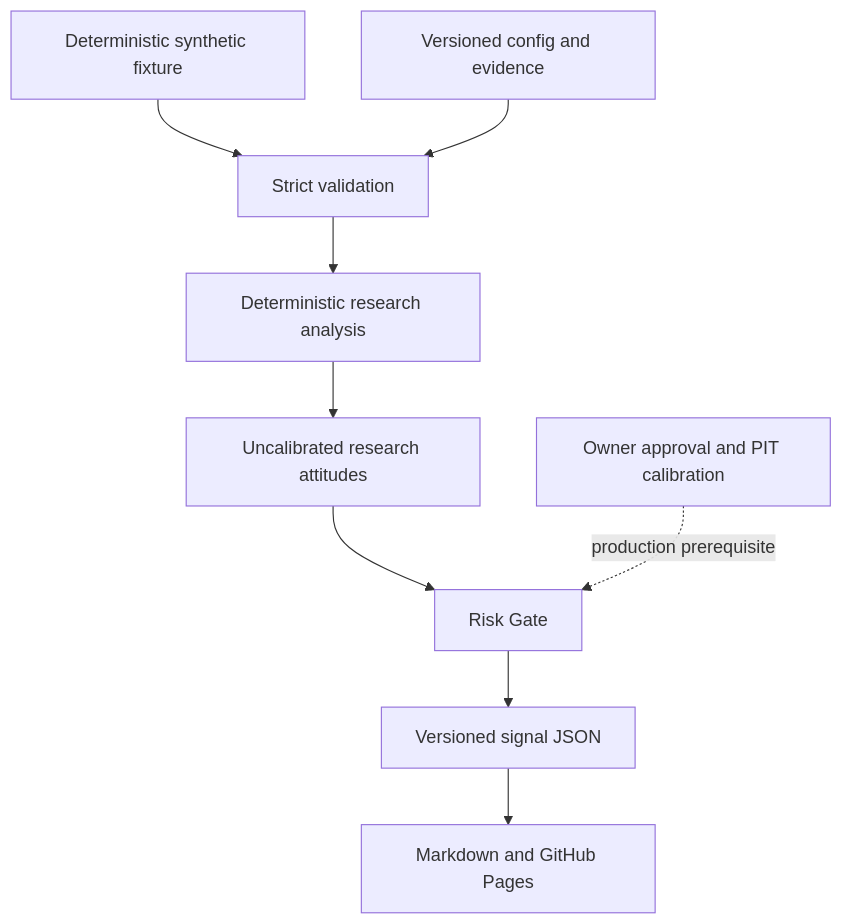
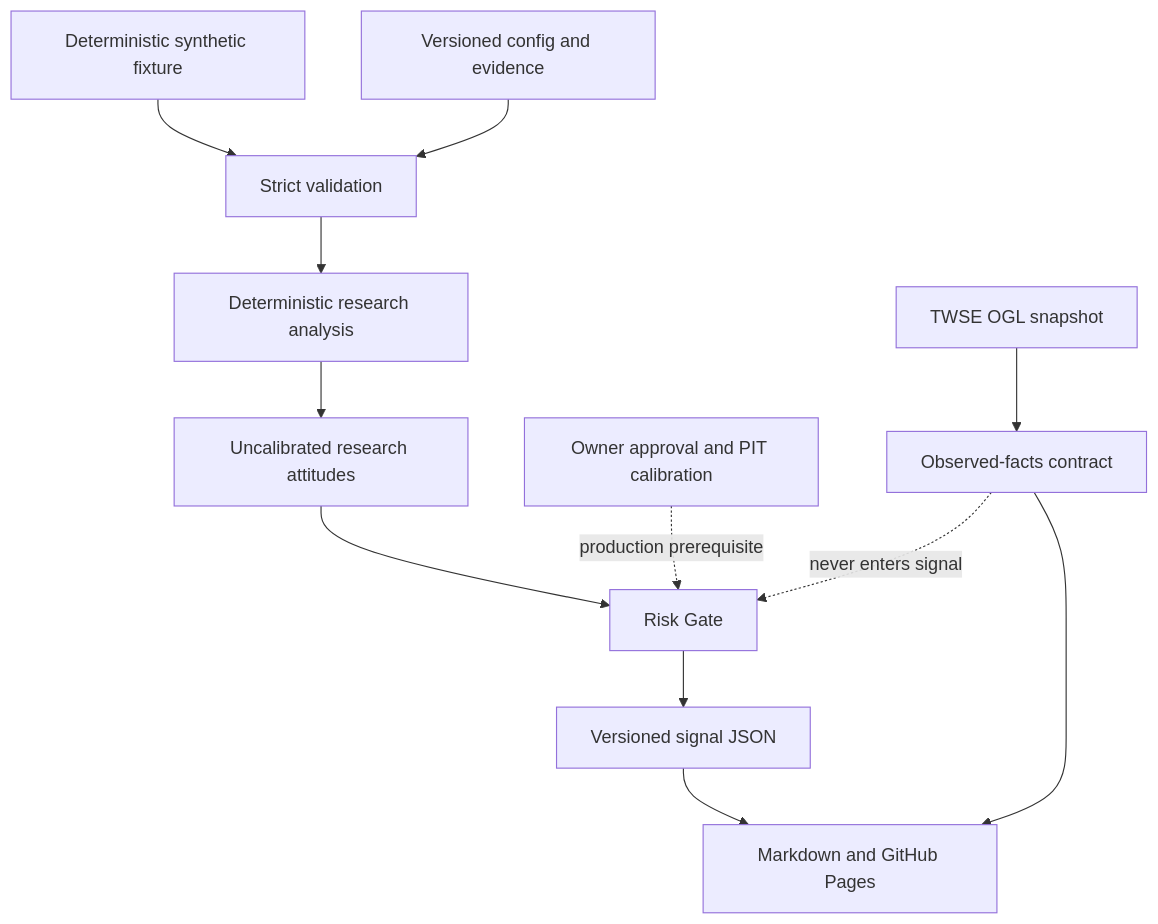
Before and after one commit to trionnemesis/StockmarketAgent: the diagram in README.md, drawn with Mermaid. The commit also changed other lines of this file and 14 other files, not shown here.

````diff
--- a/README.md
+++ b/README.md
@@ -36,11 +37,14 @@
 ```mermaid
 flowchart TD
   F[Deterministic synthetic fixture] --> V[Strict validation]
   C[Versioned config and evidence] --> V
   V --> A[Deterministic research analysis]
   A --> R[Uncalibrated research attitudes]
   R --> G[Risk Gate]
   P[Owner approval and PIT calibration] -. production prerequisite .-> G
   G --> J[Versioned signal JSON]
   J --> O[Markdown and GitHub Pages]
+  T[TWSE OGL snapshot] --> Q[Observed-facts contract]
+  Q --> O
+  Q -. never enters signal .-> G
 ```
````
